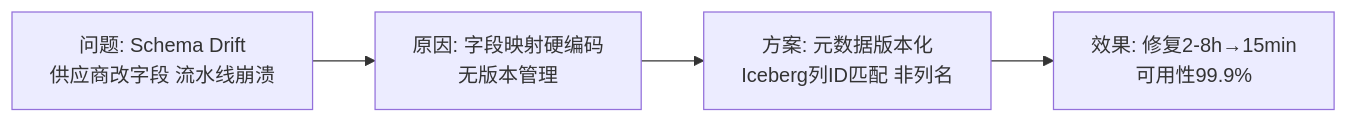
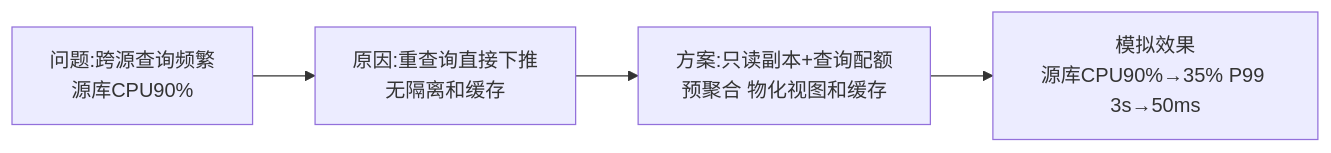
One commit to EdgarLQS/SoftwareArchitectureExamGuide changed the third of 4 diagrams in 02-论文专题/0002-多元异构数据集成/00-大纲记忆卡.md. Above: the diagram before and after it, drawn with Mermaid. The commit also changed other lines of this file, not shown here.

````diff
--- a/02-论文专题/0002-多元异构数据集成/00-大纲记忆卡.md
+++ b/02-论文专题/0002-多元异构数据集成/00-大纲记忆卡.md
@@ -50,6 +106,6 @@
 ```mermaid
 flowchart LR
-    A["问题: Schema Drift<br/>供应商改字段 流水线崩溃"] --> B["原因: 字段映射硬编码<br/>无版本管理"]
-    B --> C["方案: 元数据版本化<br/>Iceberg列ID匹配 非列名"]
-    C --> D["效果: 修复2-8h→15min<br/>可用性99.9%"]
+    A["问题:跨源查询频繁<br/>源库CPU90%"] --> B["原因:重查询直接下推<br/>无隔离和缓存"]
+    B --> C["方案:只读副本+查询配额<br/>预聚合 物化视图和缓存"]
+    C --> D["模拟效果<br/>源库CPU90%→35% P99 3s→50ms"]
 ```
````
